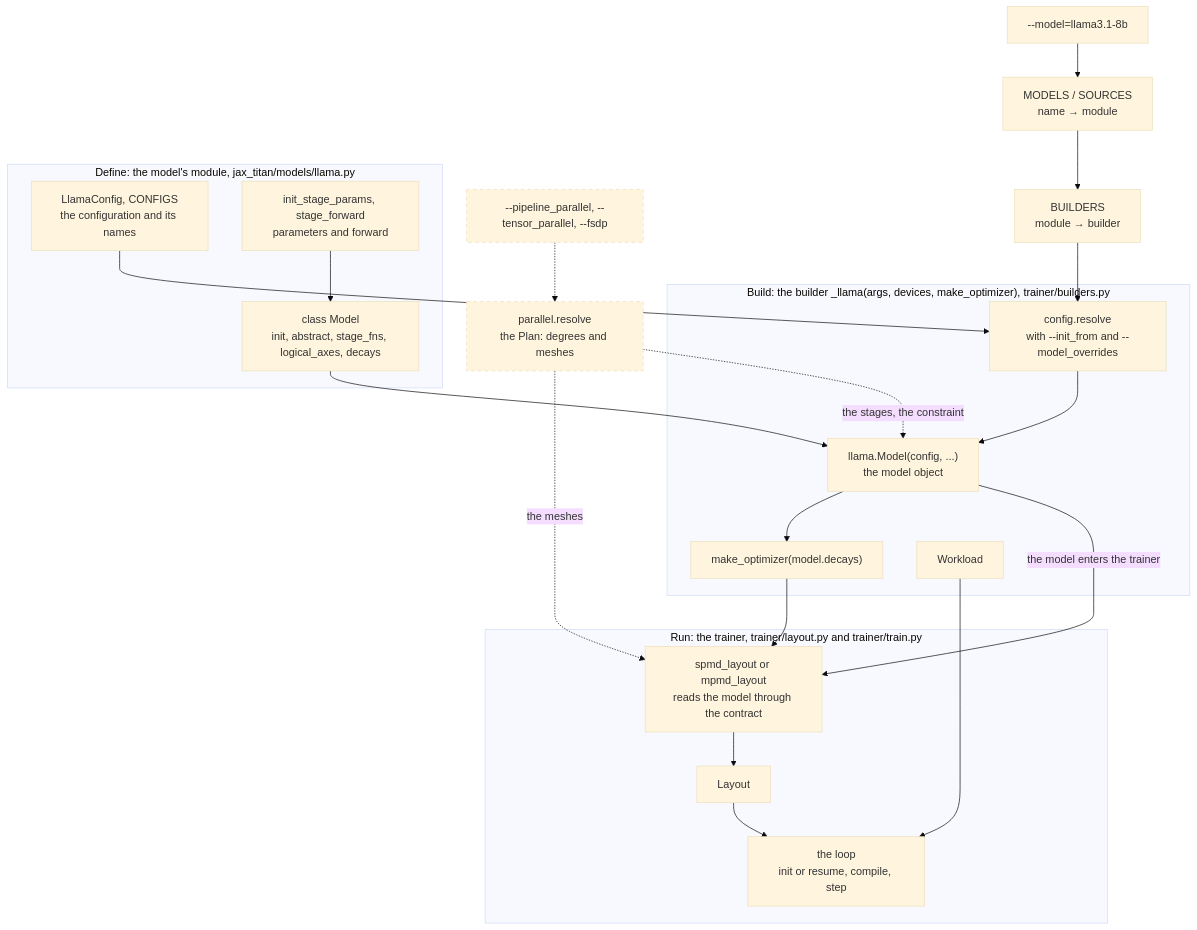
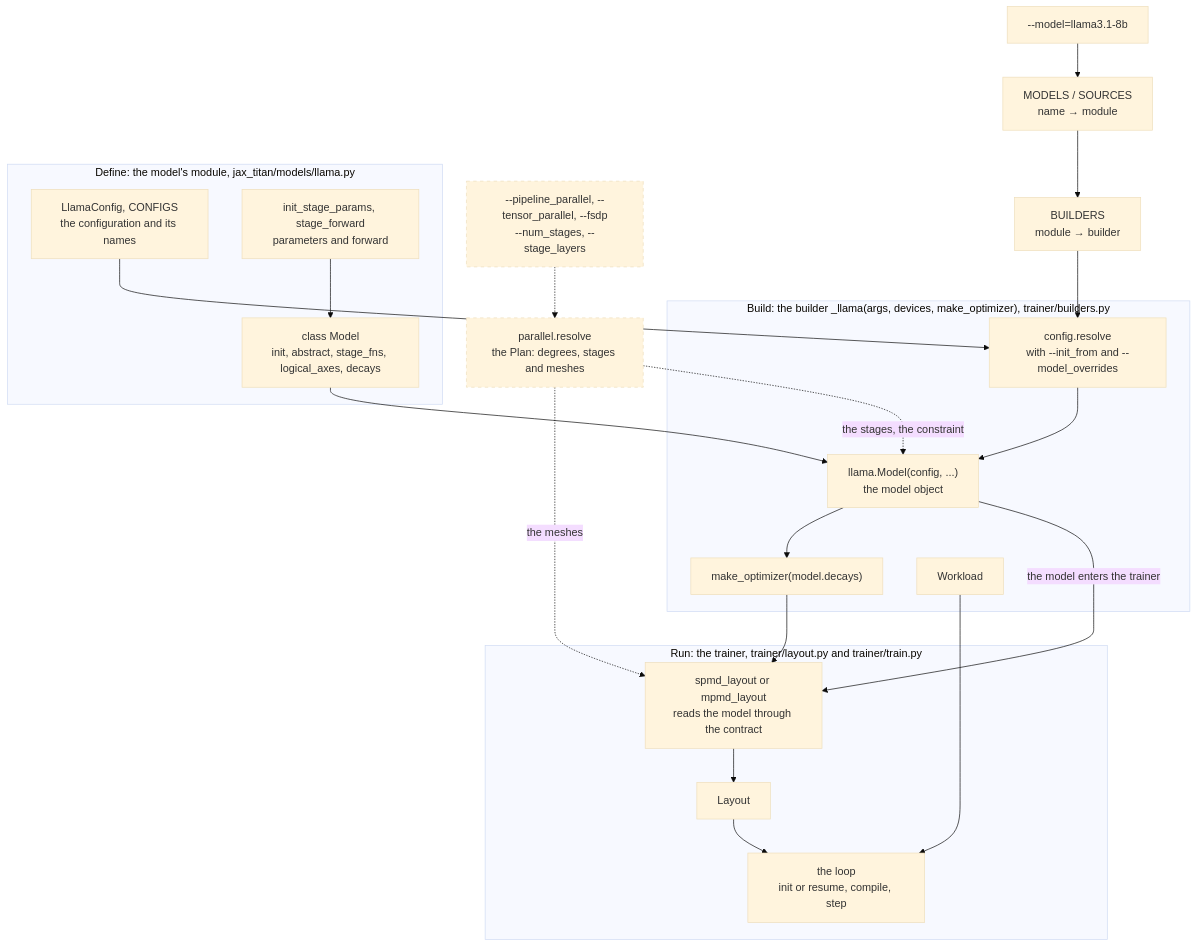
One commit to ROCm/jax-titan changed the diagram in docs/design/models_and_parallelism.md. Above: the diagram before and after it, drawn with Mermaid (base theme). The commit also changed other lines of this file, not shown here.

Commit message:
docs/design: the proposal of the parallel strategies after its verification (--reduce_grads and --per_device go until the reduction once per step returns; maxdiffusion:ideogram4 among the models that take a pipeline; the stages in the diagram's plan; MaxText's builder as the one that makes a mesh)

````diff
--- a/docs/design/models_and_parallelism.md
+++ b/docs/design/models_and_parallelism.md
@@ -20,40 +20,40 @@
 ```mermaid
 flowchart TD
     CLI["--model=llama3.1-8b"] --> NAMES["MODELS / SOURCES<br/>name → module"]
     NAMES --> TABLE["BUILDERS<br/>module → builder"]
-    PAR["--pipeline_parallel, --tensor_parallel, --fsdp"] -.-> PLAN["parallel.resolve<br/>the Plan: degrees and meshes"]
+    PAR["--pipeline_parallel, --tensor_parallel, --fsdp<br/>--num_stages, --stage_layers"] -.-> PLAN["parallel.resolve<br/>the Plan: degrees, stages and meshes"]
 
     subgraph MOD["Define: the model's module, jax_titan/models/llama.py"]
         CFG["LlamaConfig, CONFIGS<br/>the configuration and its names"]
         FN["init_stage_params, stage_forward<br/>parameters and forward"]
         CLS["class Model<br/>init, abstract, stage_fns, logical_axes, decays"]
         FN --> CLS
     end
 
     subgraph BLD["Build: the builder _llama(args, devices, make_optimizer), trainer/builders.py"]
         RES["config.resolve<br/>with --init_from and --model_overrides"]
         OBJ["llama.Model(config, ...)<br/>the model object"]
         OPT["make_optimizer(model.decays)"]
         WORK["Workload"]
         RES --> OBJ --> OPT
     end
 
     subgraph TRN["Run: the trainer, trainer/layout.py and trainer/train.py"]
         LAYFN["spmd_layout or mpmd_layout<br/>reads the model through the contract"]
         LAY["Layout"]
         LOOP["the loop<br/>init or resume, compile, step"]
         LAYFN --> LAY --> LOOP
     end
 
     TABLE --> RES
     CFG --> RES
     CLS --> OBJ
     OBJ -->|"the model enters the trainer"| LAYFN
     OPT --> LAYFN
     WORK --> LOOP
     PLAN -.->|"the stages, the constraint"| OBJ
     PLAN -.->|"the meshes"| LAYFN
 
     classDef proposed stroke-dasharray: 5 5
     class PAR,PLAN proposed
 ```
````
